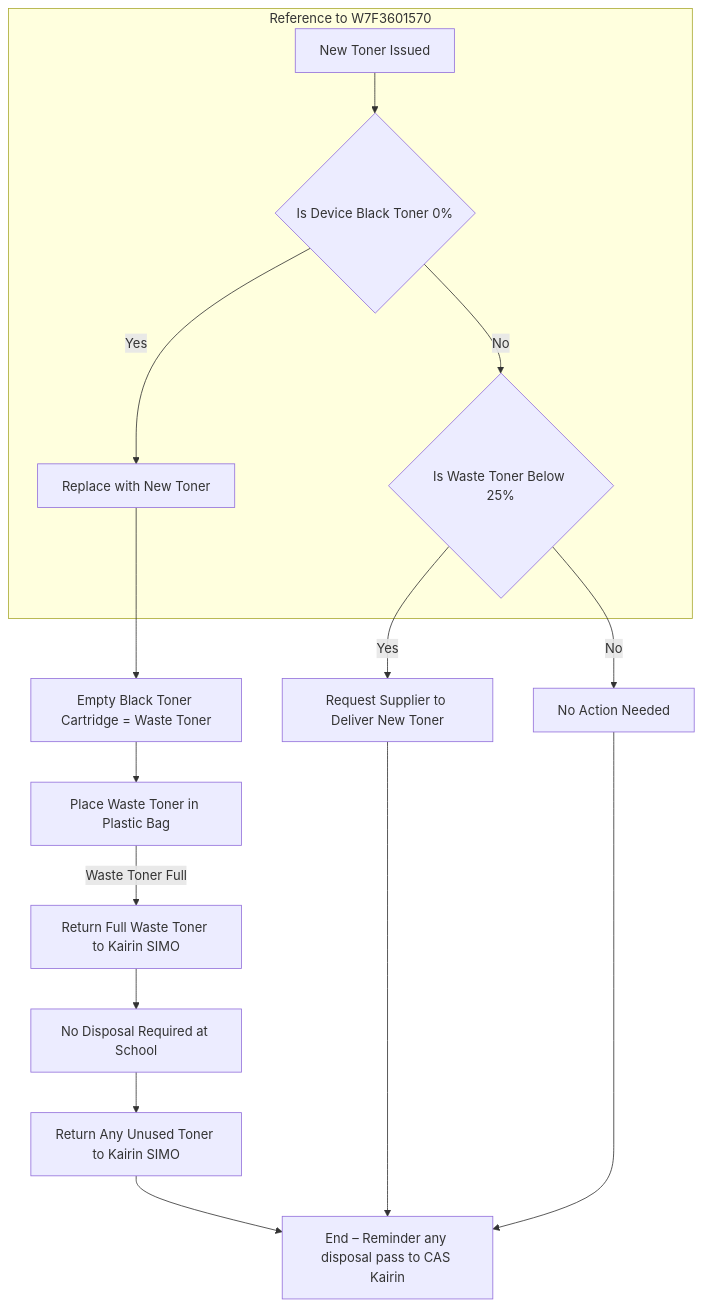
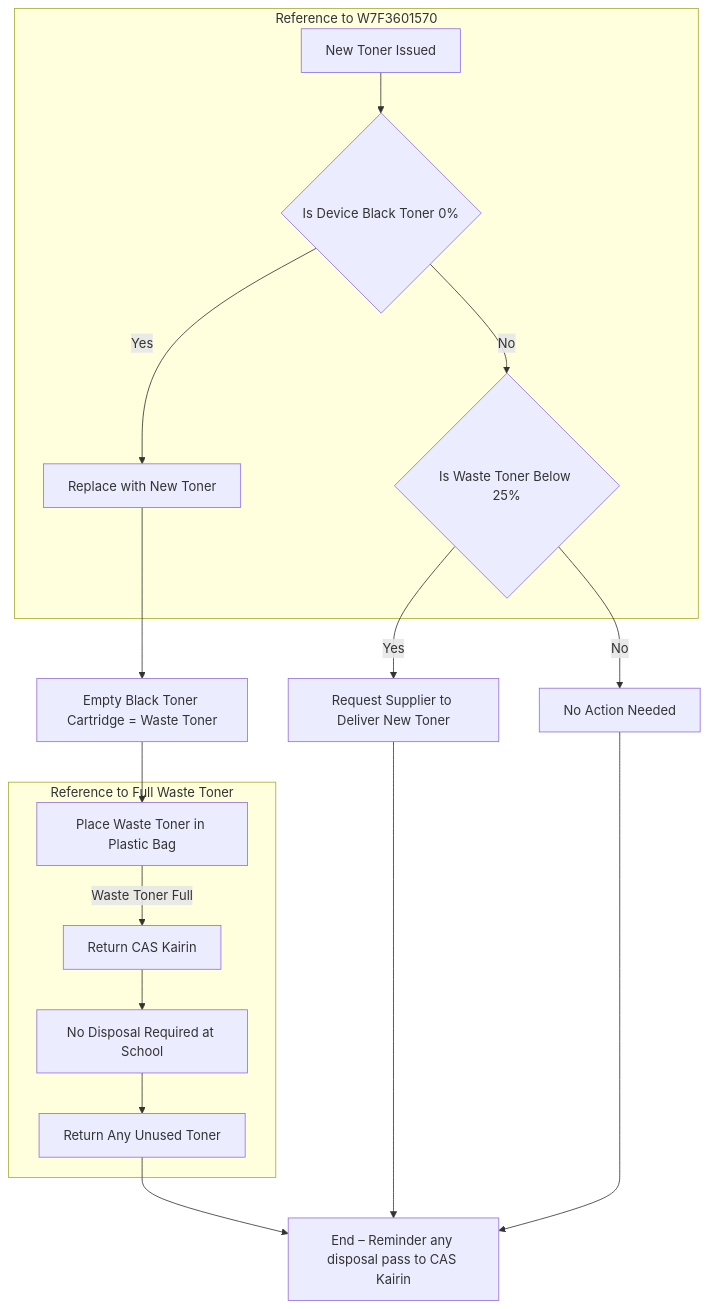
Before and after one commit to kairin/mermaid: the diagram in CAS/Kyocera/disposal.md, drawn with Mermaid.

````diff
--- a/CAS/Kyocera/disposal.md
+++ b/CAS/Kyocera/disposal.md
@@ -1,18 +1,20 @@
 ```mermaid
 graph TD
 subgraph Reference to W7F3601570
     A[New Toner Issued] --> B{Is Device Black Toner 0%}
     B -- Yes --> C[Replace with New Toner]
     B -- No --> L{Is Waste Toner Below 25%}
 end
     C --> D[Empty Black Toner Cartridge = Waste Toner]
     D --> E[Place Waste Toner in Plastic Bag]
-    E -- Waste Toner Full --> G[Return Full Waste Toner to Kairin SIMO]
+subgraph Reference to Full Waste Toner
+    E -- Waste Toner Full --> G[Return CAS Kairin]
     G --> H[No Disposal Required at School]
-    H --> I[Return Any Unused Toner to Kairin SIMO]
+    H --> I[Return Any Unused Toner]
+end
     L -- Yes --> M[Request Supplier to Deliver New Toner]
     L -- No --> J[No Action Needed]
     J --> K[End – Reminder any disposal pass to CAS Kairin]
     I --> K
     M --> K
 ```
````
